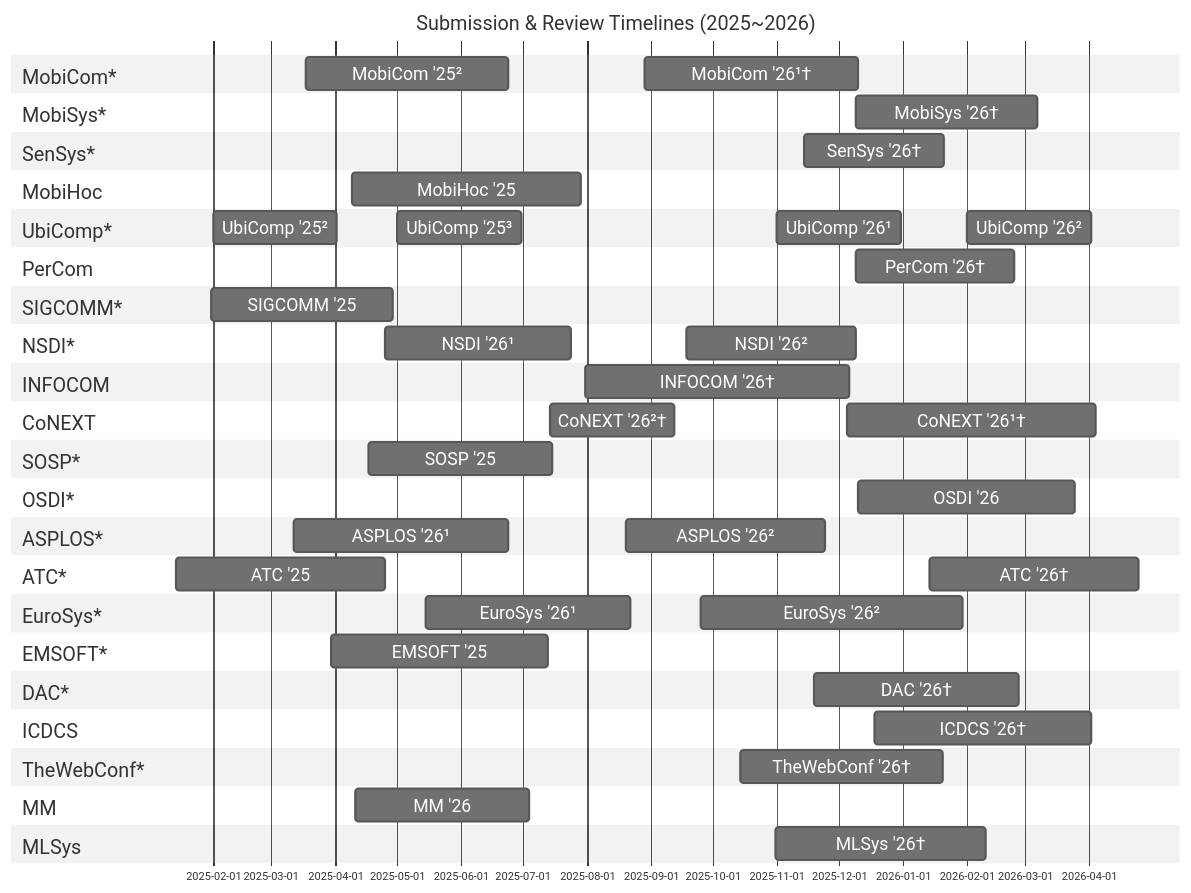
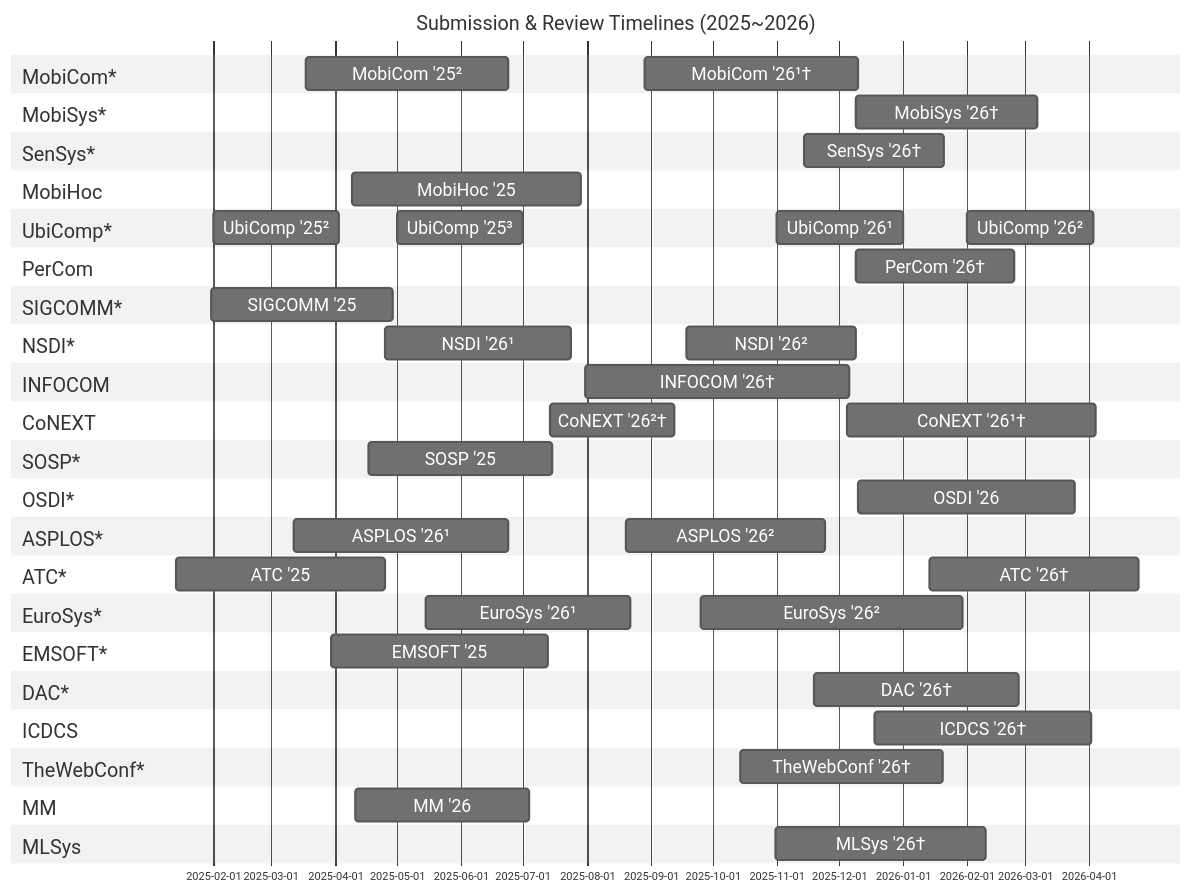
The diagram in README.md (iamseonghoon/Mobile-Systems-Conference-Timelines), drawn with Mermaid before and after one commit. The commit also changed other lines of this file, not shown here.

```diff
--- a/README.md
+++ b/README.md
@@ -39,10 +39,10 @@
     MobiHoc '25 :mobihoc25-review, 2025-04-09, 111d
 
     section UbiComp*
-    UbiComp '25² :ubicomp25-review3, 2025-02-01, 60d
-    UbiComp '25³ :ubicomp25-review2, 2025-05-01, 60d
-    UbiComp '26¹ :ubicomp25-review1, 2025-11-01, 60d
-    UbiComp '26² :ubicomp26-review3, 2026-02-01, 60d
+    UbiComp '25² :ubicomp25-review3, 2025-02-01, 61d
+    UbiComp '25³ :ubicomp25-review2, 2025-05-01, 61d
+    UbiComp '26¹ :ubicomp25-review1, 2025-11-01, 61d
+    UbiComp '26² :ubicomp26-review3, 2026-02-01, 61d
 
     section PerCom
     PerCom '26† :percom26-review, 2025-12-09, 77d
```
